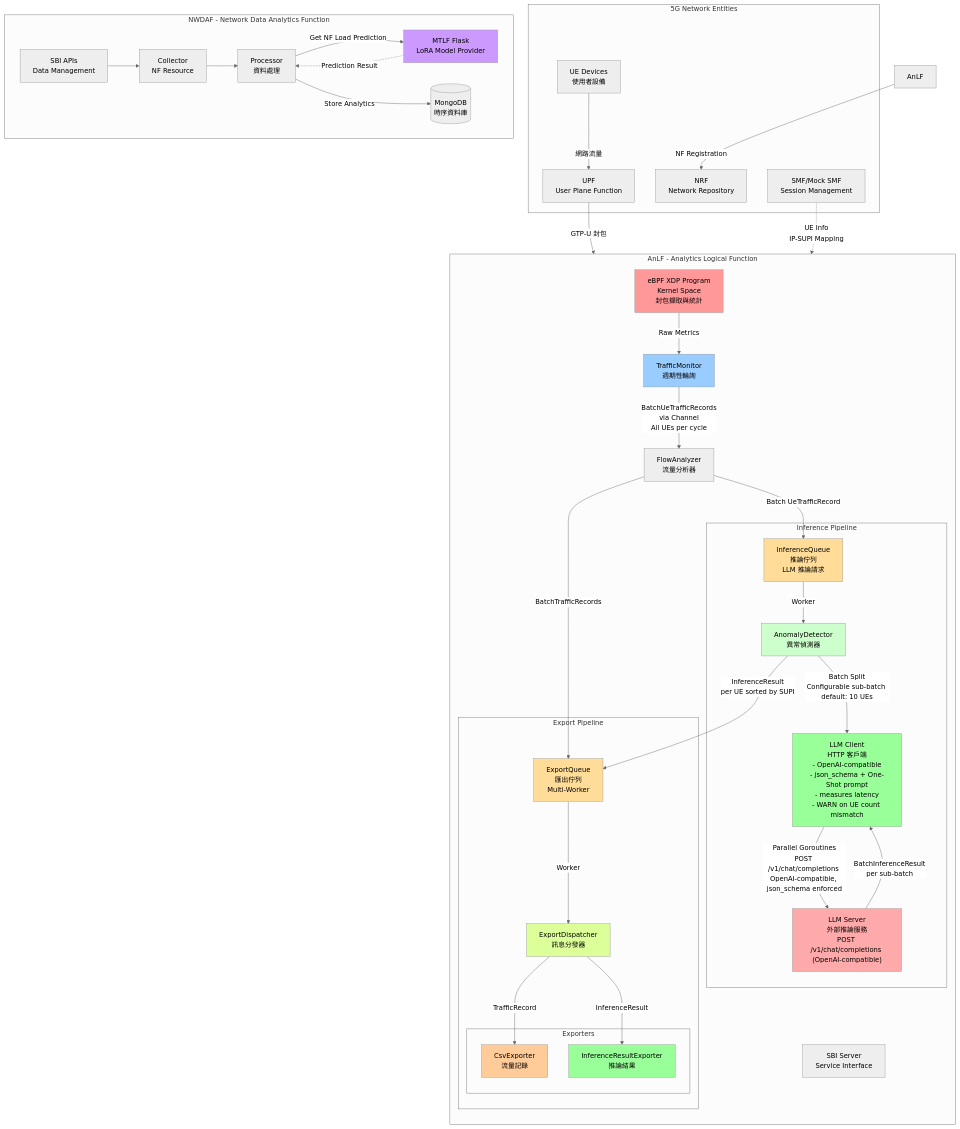
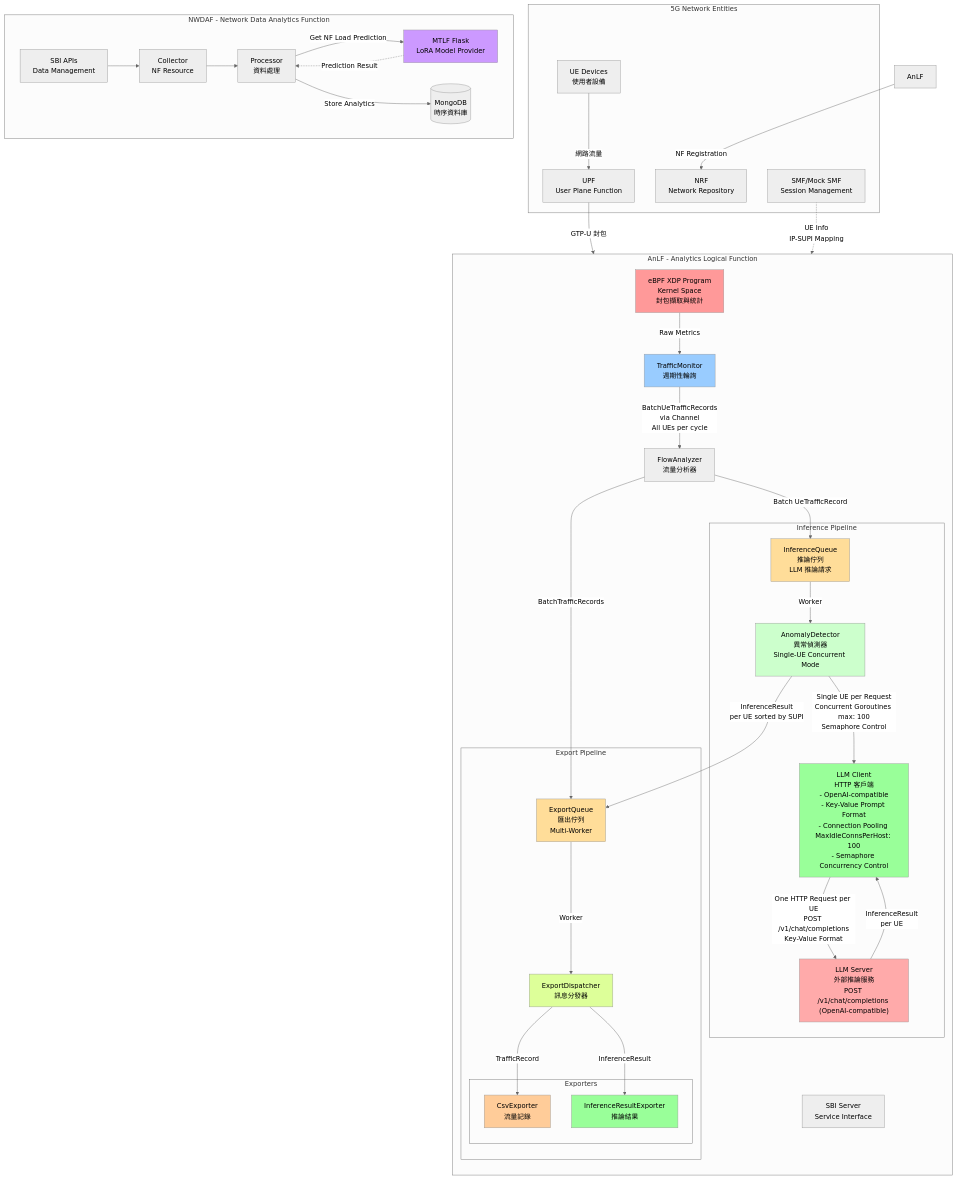
Before and after one commit to ian-cs12-NYCU/AnLF: the first of 8 diagrams in docs/architecture.md, drawn with Mermaid. The commit also changed other lines of this file and 14 other files, not shown here.

Commit message:
feat: change to single-UE-per-request

```diff
--- a/docs/architecture.md
+++ b/docs/architecture.md
@@ -20,8 +20,8 @@
         
         subgraph "Inference Pipeline"
             InfQueue[InferenceQueue<br/>推論佇列<br/>LLM 推論請求]
-            Detector[AnomalyDetector<br/>異常偵測器]
-            LLMClient[LLM Client<br/>HTTP 客戶端<br/>- OpenAI-compatible<br/>- json_schema + One-Shot prompt<br/>- measures latency<br/>- WARN on UE count mismatch]
+            Detector[AnomalyDetector<br/>異常偵測器<br/>Single-UE Concurrent Mode]
+            LLMClient[LLM Client<br/>HTTP 客戶端<br/>- OpenAI-compatible<br/>- Key-Value Prompt Format<br/>- Connection Pooling MaxIdleConnsPerHost: 100<br/>- Semaphore Concurrency Control]
             LLMServer["LLM Server<br/>外部推論服務<br/>POST /v1/chat/completions (OpenAI-compatible)"]
         end
         
@@ -57,9 +57,9 @@
     Analyzer -->|Batch UeTrafficRecord| InfQueue
     
     InfQueue -->|Worker| Detector
-    Detector -->|Batch Split<br/>Configurable sub-batch default: 10 UEs| LLMClient
-    LLMClient -->|Parallel Goroutines<br/>POST /v1/chat/completions OpenAI-compatible, json_schema enforced| LLMServer
-    LLMServer -->|BatchInferenceResult<br/>per sub-batch| LLMClient
+    Detector -->|Single UE per Request<br/>Concurrent Goroutines max: 100<br/>Semaphore Control| LLMClient
+    LLMClient -->|One HTTP Request per UE<br/>POST /v1/chat/completions<br/>Key-Value Format| LLMServer
+    LLMServer -->|InferenceResult<br/>per UE| LLMClient
     Detector -->|InferenceResult<br/>per UE sorted by SUPI| ExpQueue
     
     ExpQueue -->|Worker| Dispatcher
```
